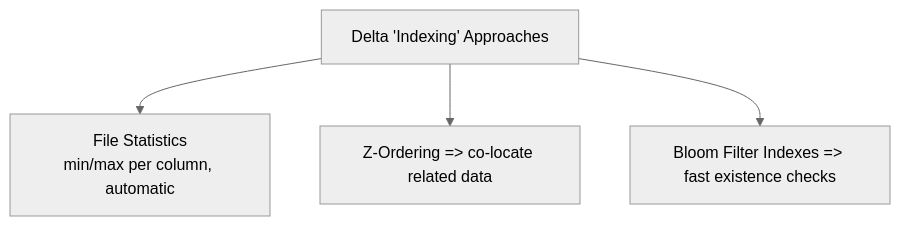
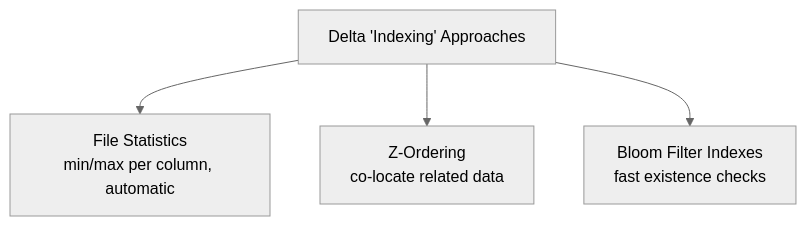
The eighth of 10 diagrams in DataBricks/delta-lake-sql-timetravel-compaction-indexing-vacuum.md (AbhishekBiswas-github/AI_Engineer_Course_Files), drawn with Mermaid (neutral theme) before and after one commit.

Commit message:
Enhance mermaid diagram formatting in documentation
Updated mermaid diagram for Delta Indexing Approaches to improve readability.

````diff
--- a/DataBricks/delta-lake-sql-timetravel-compaction-indexing-vacuum.md
+++ b/DataBricks/delta-lake-sql-timetravel-compaction-indexing-vacuum.md
@@ -168,6 +168,6 @@
 ```mermaid
 graph TD
     A[Delta 'Indexing' Approaches] --> B[File Statistics<br/>min/max per column, automatic]
-    A --> C[Z-Ordering => co-locate related data]
-    A --> D[Bloom Filter Indexes => fast existence checks]
+    A --> C[Z-Ordering<br/>co-locate related data]
+    A --> D[Bloom Filter Indexes<br/>fast existence checks]
 ```
````
